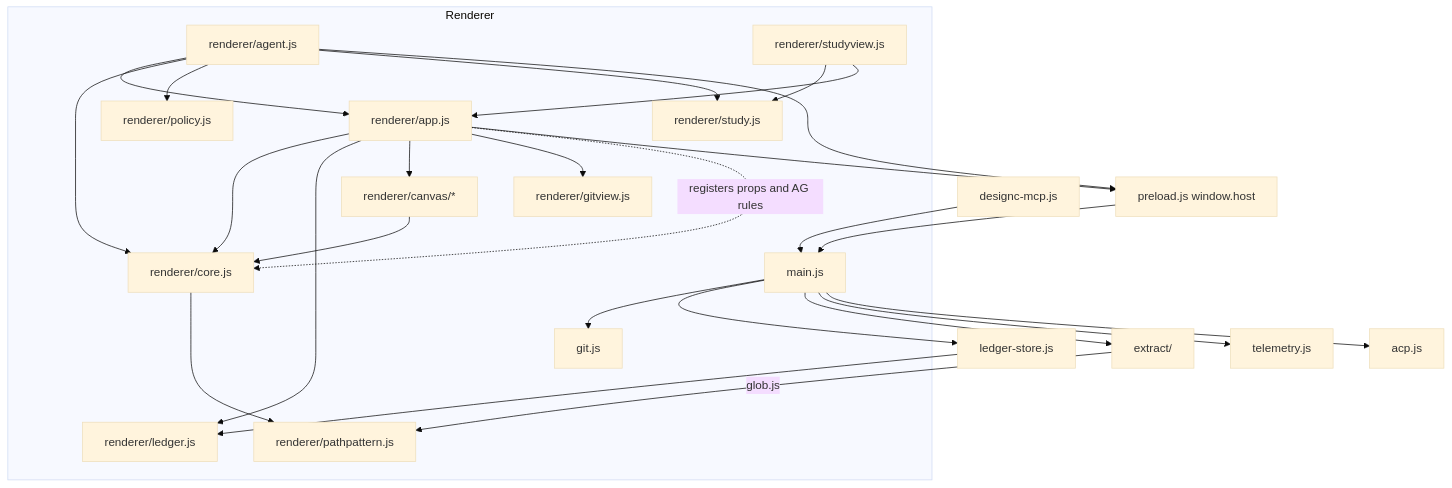
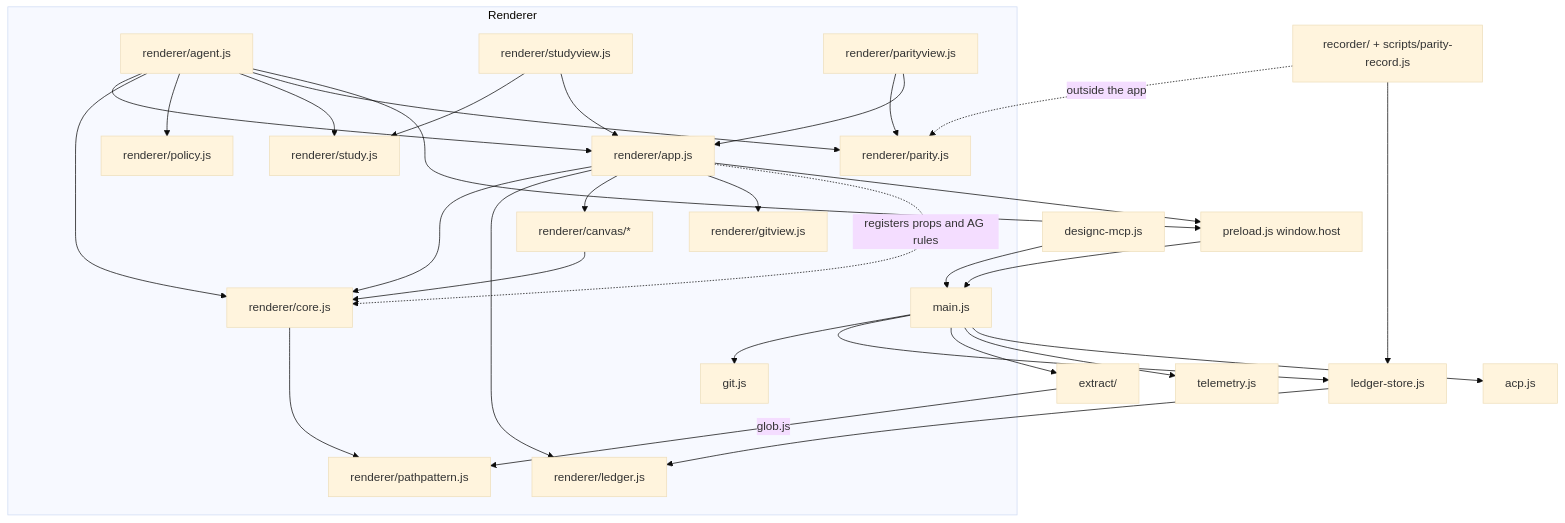
The second of 2 diagrams in ARCHITECTURE.md (xMikeTR/designc), drawn with Mermaid (base theme) before and after one commit. The commit also changed other lines of this file and 79 other files, not shown here.

````diff
--- a/ARCHITECTURE.md
+++ b/ARCHITECTURE.md
@@ -108,29 +112,34 @@
 ```mermaid
 graph TD
   subgraph Renderer
     app[renderer/app.js] --> core[renderer/core.js]
     app --> ledger[renderer/ledger.js]
     app --> canvas[renderer/canvas/*]
     agent[renderer/agent.js] --> app
     agent --> core
     agent --> policy[renderer/policy.js]
     agent --> study[renderer/study.js]
     studyview[renderer/studyview.js] --> study
     studyview --> app
+    parityview[renderer/parityview.js] --> parity[renderer/parity.js]
+    parityview --> app
+    agent --> parity
     main --> gitmod[git.js]
     app --> gitview[renderer/gitview.js]
     canvas --> core
     core --> pp[renderer/pathpattern.js]
     app -. registers props and AG rules .-> core
   end
   app --> host[preload.js window.host]
   agent --> host
   host --> main[main.js]
   main --> store[ledger-store.js]
   store --> ledger
   main --> extract[extract/]
   extract -->|glob.js| pp
   main --> telemetry[telemetry.js]
   main --> acp[acp.js]
   mcp[designc-mcp.js] --> main
+  recorder[recorder/ + scripts/parity-record.js] -. outside the app .-> parity
+  recorder --> store
 ```
````
